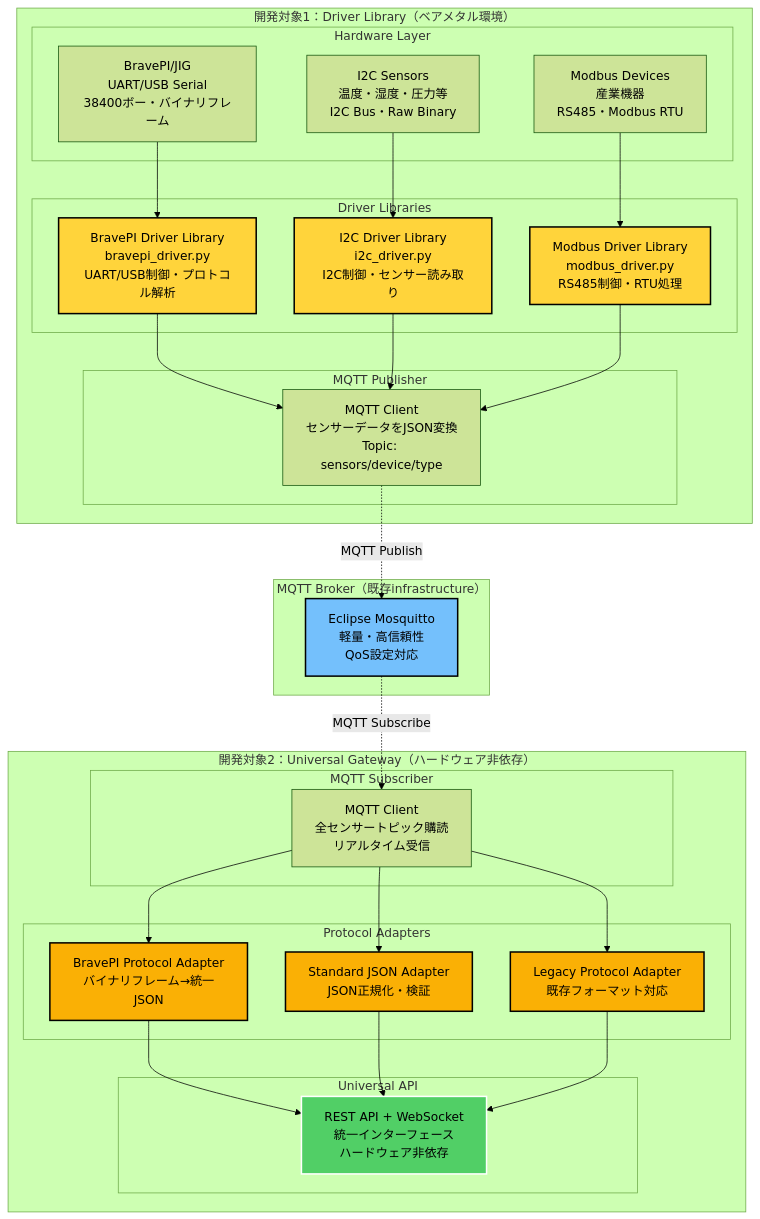
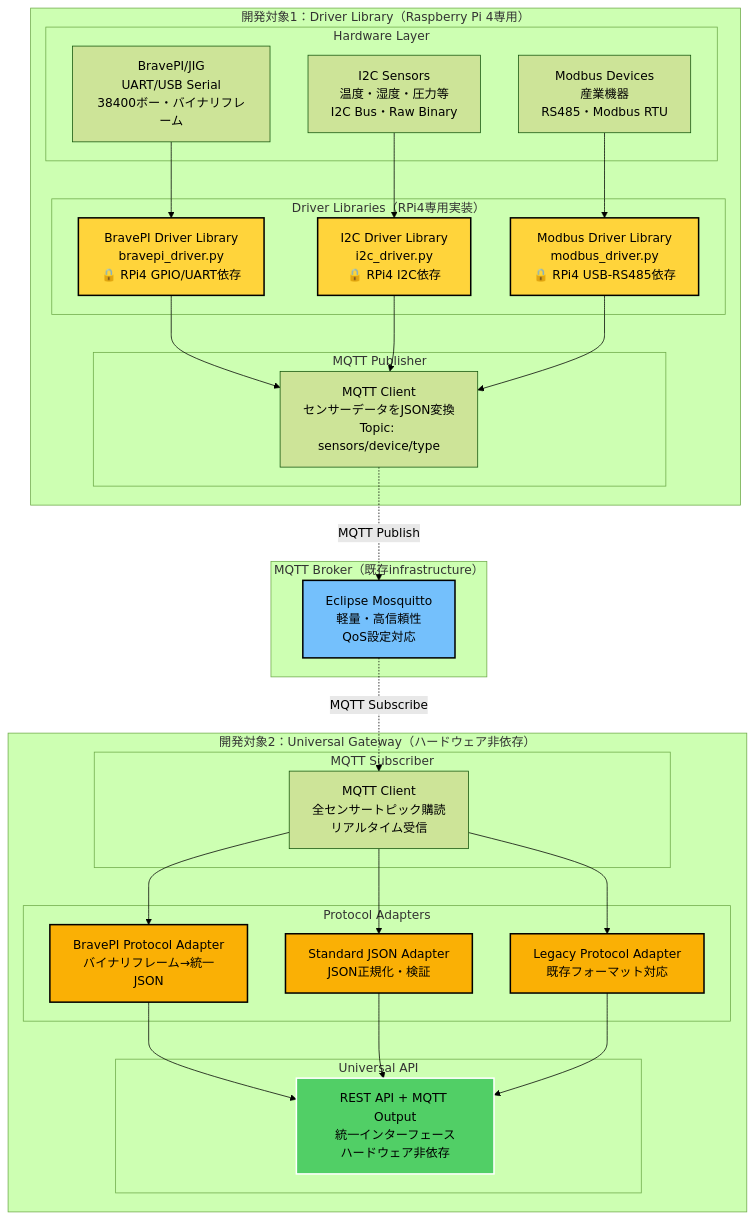
The fifth of 15 diagrams in docs/new-system/architecture/system-overview-diagrams.md (w-pinkietech/iot4-copy), drawn with Mermaid (forest theme) before and after one commit. The commit also changed other lines of this file, not shown here.

First line of the commit message:
docs: Fix Gateway output to include MQTT and remove WebSocket

````diff
--- a/docs/new-system/architecture/system-overview-diagrams.md
+++ b/docs/new-system/architecture/system-overview-diagrams.md
@@ -236,64 +243,64 @@
 ```mermaid
 graph TB
-    subgraph "開発対象1：Driver Library（ベアメタル環境）"
+    subgraph "開発対象1：Driver Library（Raspberry Pi 4専用）"
         subgraph "Hardware Layer"
             HW1[BravePI/JIG<br/>UART/USB Serial<br/>38400ボー・バイナリフレーム]
             HW2[I2C Sensors<br/>温度・湿度・圧力等<br/>I2C Bus・Raw Binary]
             HW3[Modbus Devices<br/>産業機器<br/>RS485・Modbus RTU]
         end
         
-        subgraph "Driver Libraries"
-            DRV1[BravePI Driver Library<br/>bravepi_driver.py<br/>UART/USB制御・プロトコル解析]
-            DRV2[I2C Driver Library<br/>i2c_driver.py<br/>I2C制御・センサー読み取り]
-            DRV3[Modbus Driver Library<br/>modbus_driver.py<br/>RS485制御・RTU処理]
+        subgraph "Driver Libraries（RPi4専用実装）"
+            DRV1[BravePI Driver Library<br/>bravepi_driver.py<br/>🔒 RPi4 GPIO/UART依存]
+            DRV2[I2C Driver Library<br/>i2c_driver.py<br/>🔒 RPi4 I2C依存]
+            DRV3[Modbus Driver Library<br/>modbus_driver.py<br/>🔒 RPi4 USB-RS485依存]
         end
         
         subgraph "MQTT Publisher"
             PUB1[MQTT Client<br/>センサーデータをJSON変換<br/>Topic: sensors/device/type]
         end
     end
     
     subgraph "MQTT Broker（既存infrastructure）"
         BROKER[Eclipse Mosquitto<br/>軽量・高信頼性<br/>QoS設定対応]
     end
     
     subgraph "開発対象2：Universal Gateway（ハードウェア非依存）"
         subgraph "MQTT Subscriber"
             SUB[MQTT Client<br/>全センサートピック購読<br/>リアルタイム受信]
         end
         
         subgraph "Protocol Adapters"
             PA1[BravePI Protocol Adapter<br/>バイナリフレーム→統一JSON]
             PA2[Standard JSON Adapter<br/>JSON正規化・検証]
             PA3[Legacy Protocol Adapter<br/>既存フォーマット対応]
         end
         
         subgraph "Universal API"
-            API[REST API + WebSocket<br/>統一インターフェース<br/>ハードウェア非依存]
+            API[REST API + MQTT Output<br/>統一インターフェース<br/>ハードウェア非依存]
         end
     end
     
     HW1 --> DRV1 --> PUB1
     HW2 --> DRV2 --> PUB1
     HW3 --> DRV3 --> PUB1
     
     PUB1 -.->|MQTT Publish| BROKER
     BROKER -.->|MQTT Subscribe| SUB
     
     SUB --> PA1
     SUB --> PA2
     SUB --> PA3
     
     PA1 --> API
     PA2 --> API
     PA3 --> API
     
     style DRV1 fill:#ffd43b,stroke:#000,stroke-width:2px,color:#000
     style DRV2 fill:#ffd43b,stroke:#000,stroke-width:2px,color:#000
     style DRV3 fill:#ffd43b,stroke:#000,stroke-width:2px,color:#000
     style BROKER fill:#74c0fc,stroke:#000,stroke-width:2px,color:#000
     style PA1 fill:#fab005,stroke:#000,stroke-width:2px,color:#000
     style PA2 fill:#fab005,stroke:#000,stroke-width:2px,color:#000
     style PA3 fill:#fab005,stroke:#000,stroke-width:2px,color:#000
     style API fill:#51cf66,stroke:#fff,stroke-width:2px,color:#000
 ```
````
